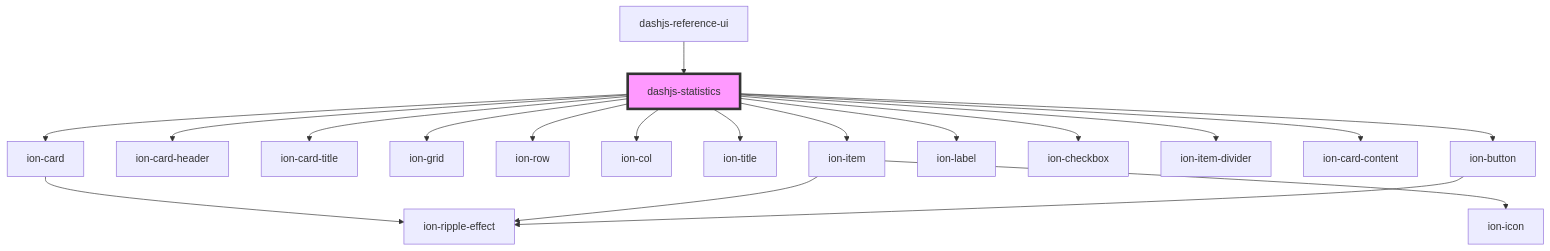
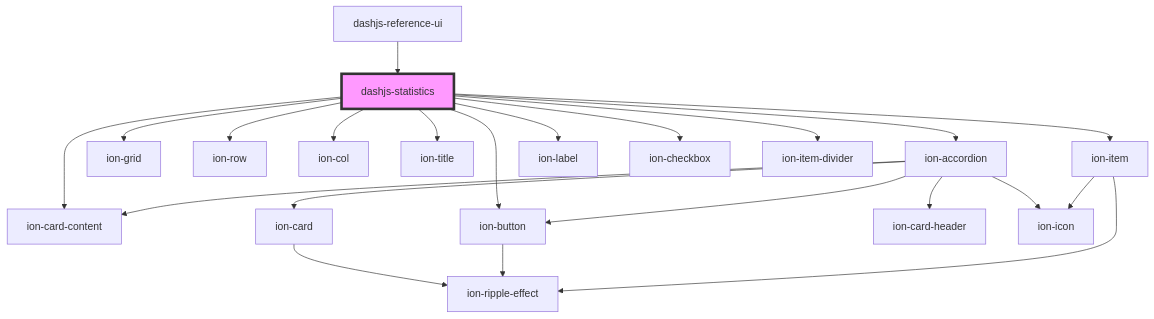
The diagram in src/components/dashjs-statistics/readme.md (AWTPJ2021/dash-reference-ui), drawn with Mermaid before and after one commit. The commit also changed other lines of this file and 46 other files, not shown here.

````diff
--- a/src/components/dashjs-statistics/readme.md
+++ b/src/components/dashjs-statistics/readme.md
@@ -40,22 +36,25 @@
 ```mermaid
 graph TD;
-  dashjs-statistics --> ion-card
-  dashjs-statistics --> ion-card-header
-  dashjs-statistics --> ion-card-title
+  dashjs-statistics --> ion-accordion
   dashjs-statistics --> ion-grid
   dashjs-statistics --> ion-row
   dashjs-statistics --> ion-col
   dashjs-statistics --> ion-title
   dashjs-statistics --> ion-item
   dashjs-statistics --> ion-label
   dashjs-statistics --> ion-checkbox
   dashjs-statistics --> ion-item-divider
   dashjs-statistics --> ion-card-content
   dashjs-statistics --> ion-button
+  ion-accordion --> ion-card
+  ion-accordion --> ion-card-header
+  ion-accordion --> ion-button
+  ion-accordion --> ion-icon
+  ion-accordion --> ion-card-content
   ion-card --> ion-ripple-effect
+  ion-button --> ion-ripple-effect
   ion-item --> ion-icon
   ion-item --> ion-ripple-effect
-  ion-button --> ion-ripple-effect
   dashjs-reference-ui --> dashjs-statistics
   style dashjs-statistics fill:#f9f,stroke:#333,stroke-width:4px
 ```
````
